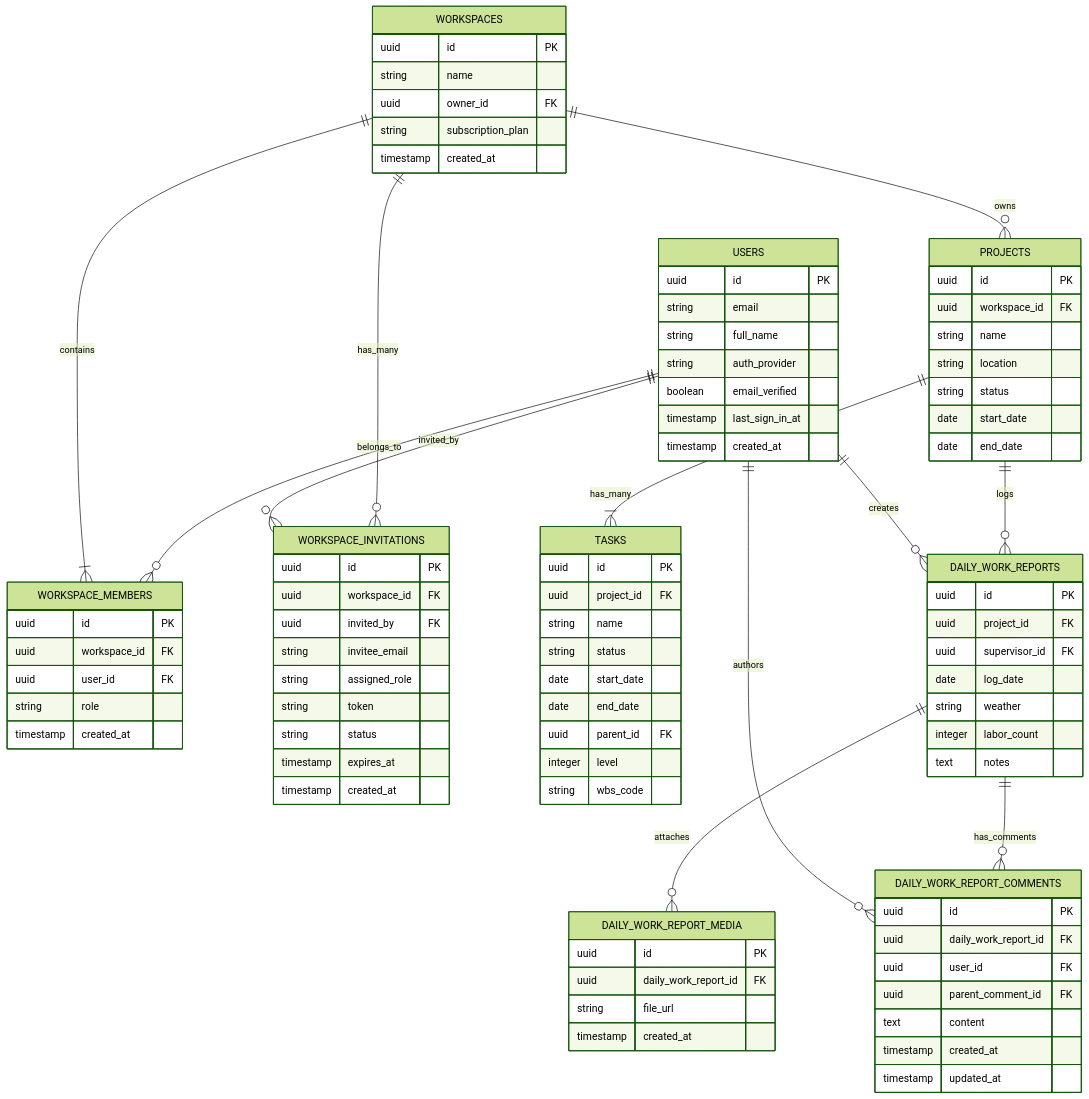
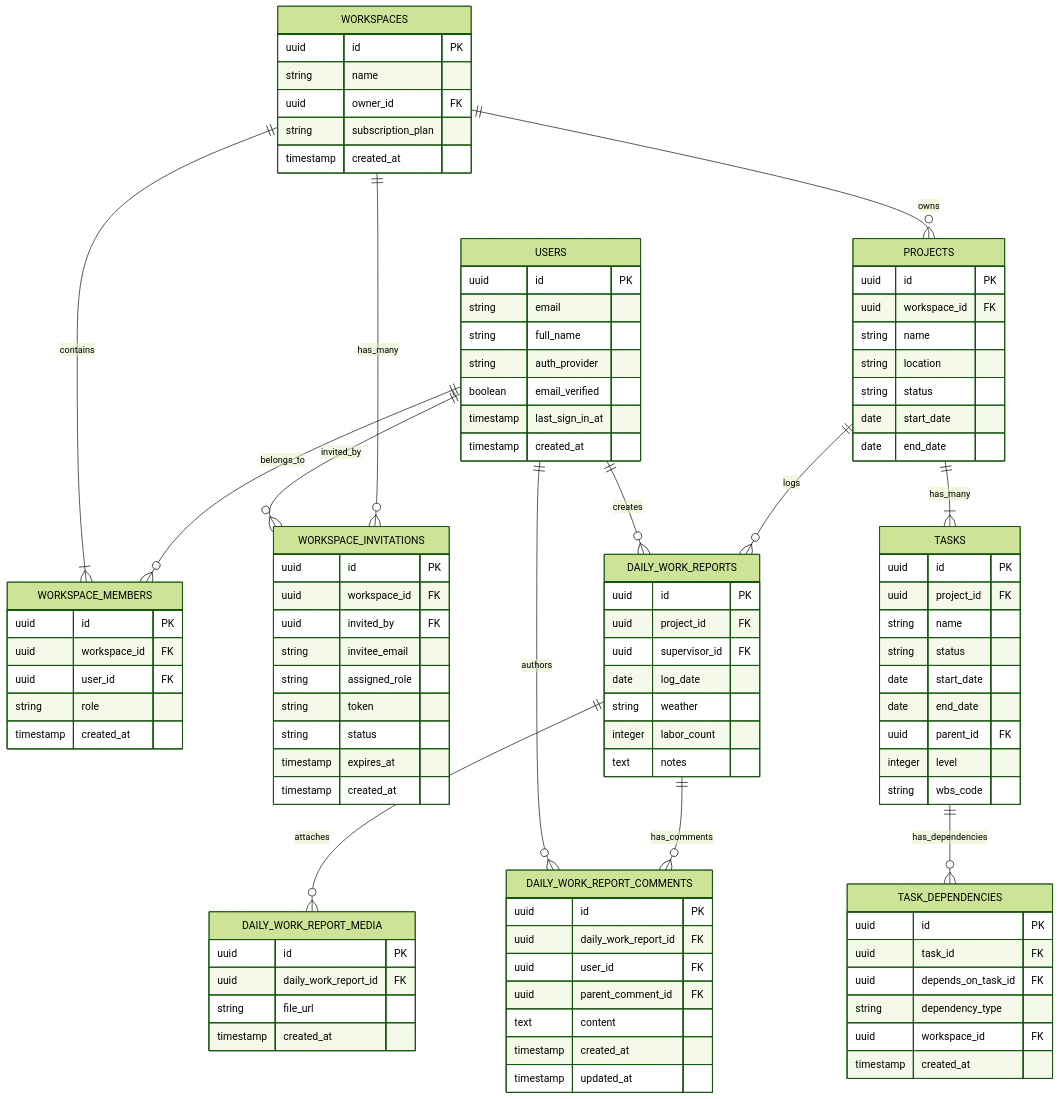
One commit to ilhamridzuan/Constive changed the third of 3 diagrams in docs/Product Requirement Document_ Constive.md. Above: the diagram before and after it, drawn with Mermaid (forest theme). The commit also changed other lines of this file and 143 other files, not shown here.

````diff
--- a/docs/Product Requirement Document_ Constive.md
+++ b/docs/Product Requirement Document_ Constive.md
@@ -480,6 +492,7 @@
     WORKSPACES ||--o{ WORKSPACE_INVITATIONS : "has_many"
     USERS ||--o{ WORKSPACE_INVITATIONS : "invited_by"
     PROJECTS ||--|{ TASKS : "has_many"
+    TASKS ||--o{ TASK_DEPENDENCIES : "has_dependencies"
     PROJECTS ||--o{ DAILY_WORK_REPORTS : "logs"
     USERS ||--o{ DAILY_WORK_REPORTS : "creates"
     DAILY_WORK_REPORTS ||--o{ DAILY_WORK_REPORT_MEDIA : "attaches"
@@ -564,4 +577,12 @@
         timestamp created_at
         timestamp updated_at
     }
+    TASK_DEPENDENCIES {
+        uuid id PK
+        uuid task_id FK
+        uuid depends_on_task_id FK
+        string dependency_type
+        uuid workspace_id FK
+        timestamp created_at
+    }
 ```
````
